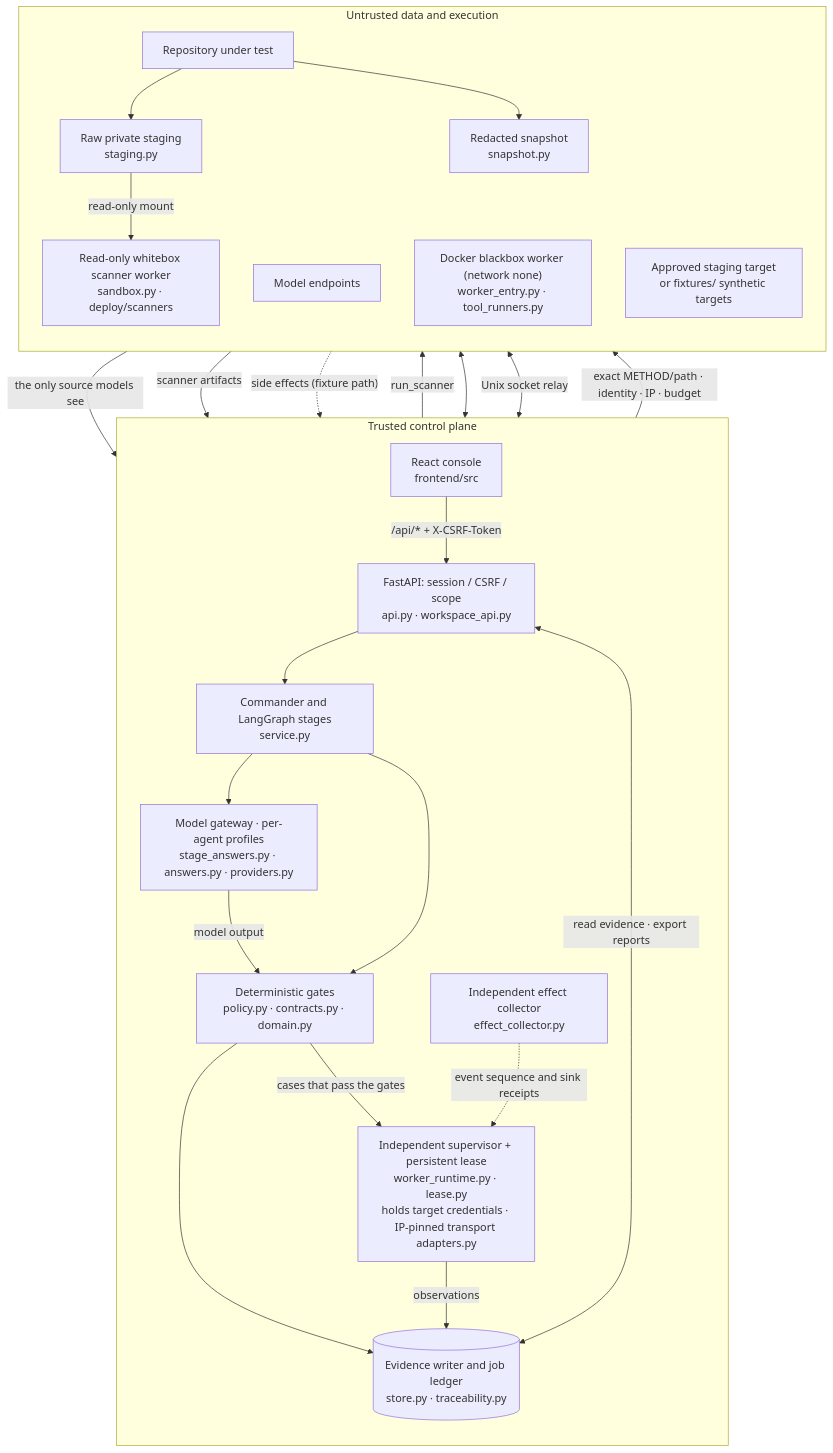
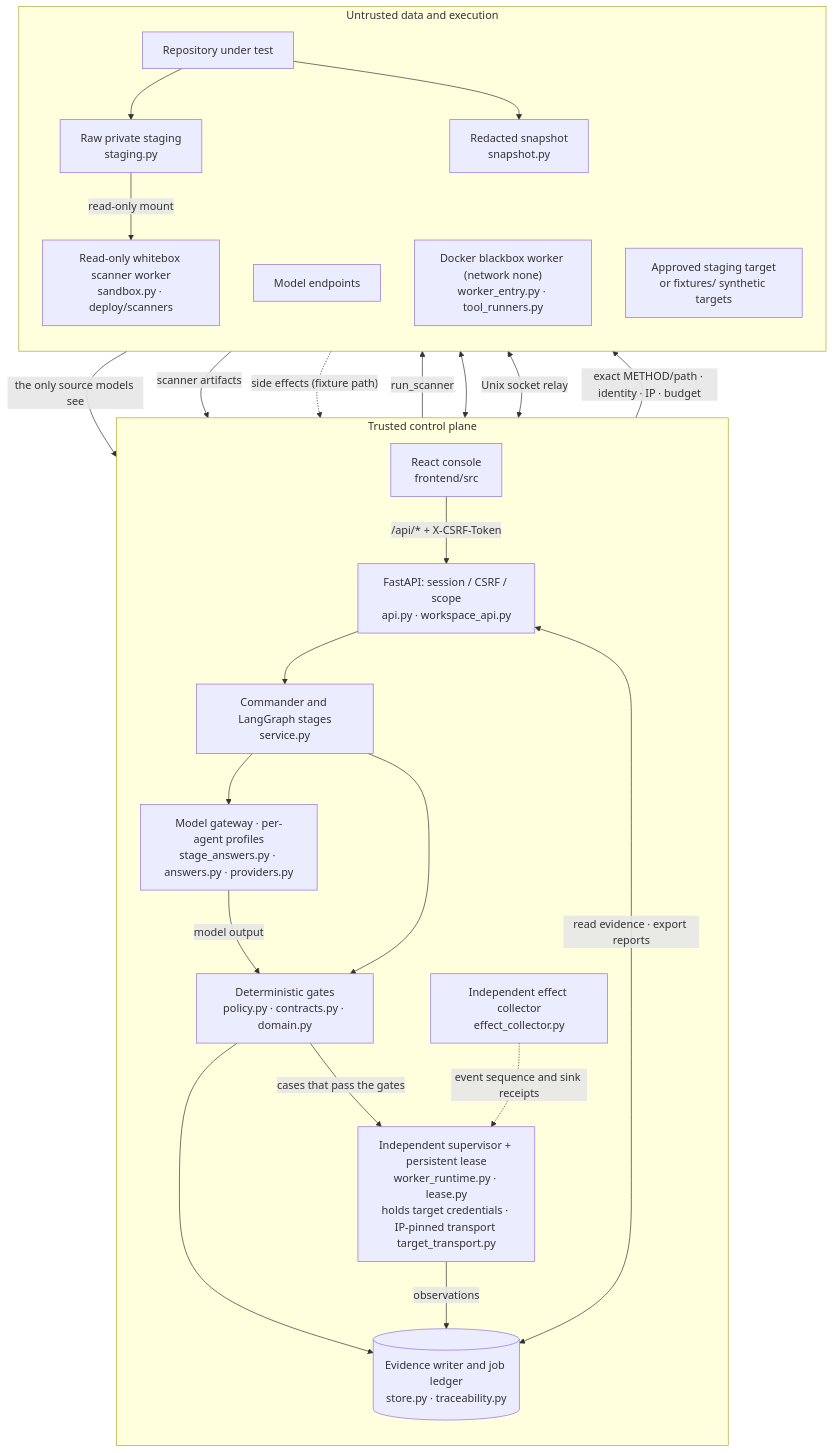
Before and after one commit to chinchiang/MultiAgentBeta: the second of 2 diagrams in docs/ARCHITECTURE.md, drawn with Mermaid. The commit also changed other lines of this file and 13 other files, not shown here.

````diff
--- a/docs/ARCHITECTURE.md
+++ b/docs/ARCHITECTURE.md
@@ -116,44 +116,44 @@
 ```mermaid
 flowchart TB
   subgraph CP["Trusted control plane"]
     direction TB
     UI["React console<br/>frontend/src"]
     API["FastAPI: session / CSRF / scope<br/>api.py · workspace_api.py"]
     C["Commander and LangGraph stages<br/>service.py"]
     MG["Model gateway · per-agent profiles<br/>stage_answers.py · answers.py · providers.py"]
     G["Deterministic gates<br/>policy.py · contracts.py · domain.py"]
-    SUP["Independent supervisor + persistent lease<br/>worker_runtime.py · lease.py<br/>holds target credentials · IP-pinned transport adapters.py"]
+    SUP["Independent supervisor + persistent lease<br/>worker_runtime.py · lease.py<br/>holds target credentials · IP-pinned transport target_transport.py"]
     EC["Independent effect collector<br/>effect_collector.py"]
     DB[("Evidence writer and job ledger<br/>store.py · traceability.py")]
   end
   subgraph UT["Untrusted data and execution"]
     direction TB
     REPO["Repository under test"]
     ST["Raw private staging<br/>staging.py"]
     SN["Redacted snapshot<br/>snapshot.py"]
     LLM["Model endpoints"]
     SC["Read-only whitebox scanner worker<br/>sandbox.py · deploy/scanners"]
     BW["Docker blackbox worker (network none)<br/>worker_entry.py · tool_runners.py"]
     T["Approved staging target<br/>or fixtures/ synthetic targets"]
   end
   UI -->|"/api/* + X-CSRF-Token"| API
   API --> C
   REPO --> ST
   REPO --> SN
   C -->|"run_scanner"| SC
   ST -->|"read-only mount"| SC
   C --> MG
   SN -->|"the only source models see"| MG
   MG <--> LLM
   MG -->|"model output"| G
   SC -->|"scanner artifacts"| G
   C --> G
   G -->|"cases that pass the gates"| SUP
   SUP <-->|"Unix socket relay"| BW
   SUP -->|"exact METHOD/path · identity · IP · budget"| T
   T -.->|"side effects (fixture path)"| EC
   EC -.->|"event sequence and sink receipts"| SUP
   G --> DB
   SUP -->|"observations"| DB
   API <-->|"read evidence · export reports"| DB
 ```
````
